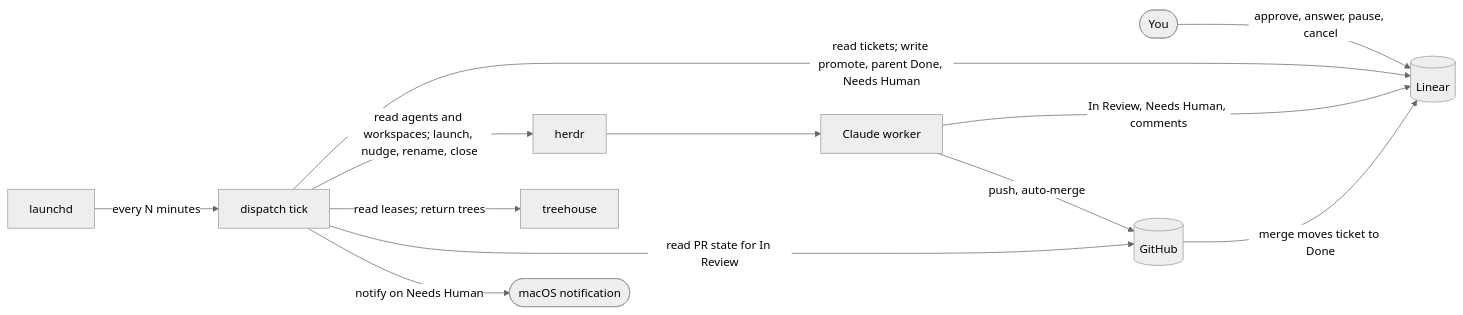
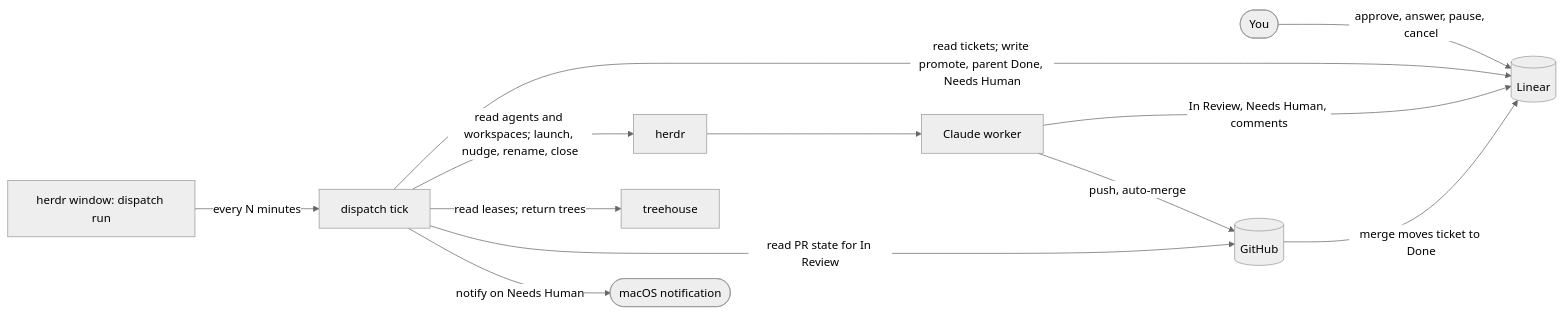
The diagram in docs/design/blueprint.md (kapetan-io/dispatch), drawn with Mermaid (neutral theme) before and after one commit. The commit also changed other lines of this file and 5 other files, not shown here.

First line of the commit message:
Add dispatch run: tick on an interval in a herdr window you watch

````diff
--- a/docs/design/blueprint.md
+++ b/docs/design/blueprint.md
@@ -177,14 +178,14 @@
 ```mermaid
 flowchart LR
   you([You]) -->|approve, answer, pause, cancel| linear[(Linear)]
   gh[(GitHub)] -->|merge moves ticket to Done| linear
-  launchd -->|every N minutes| dispatch[dispatch tick]
+  window[herdr window: dispatch run] -->|every N minutes| dispatch[dispatch tick]
   dispatch -->|read tickets; write promote, parent Done, Needs Human| linear
   dispatch -->|read agents and workspaces; launch, nudge, rename, close| herdr
   dispatch -->|read leases; return trees| treehouse
   dispatch -->|read PR state for In Review| gh
   dispatch -->|notify on Needs Human| macos([macOS notification])
   herdr --> worker[Claude worker]
   worker -->|In Review, Needs Human, comments| linear
   worker -->|push, auto-merge| gh
 ```
````
